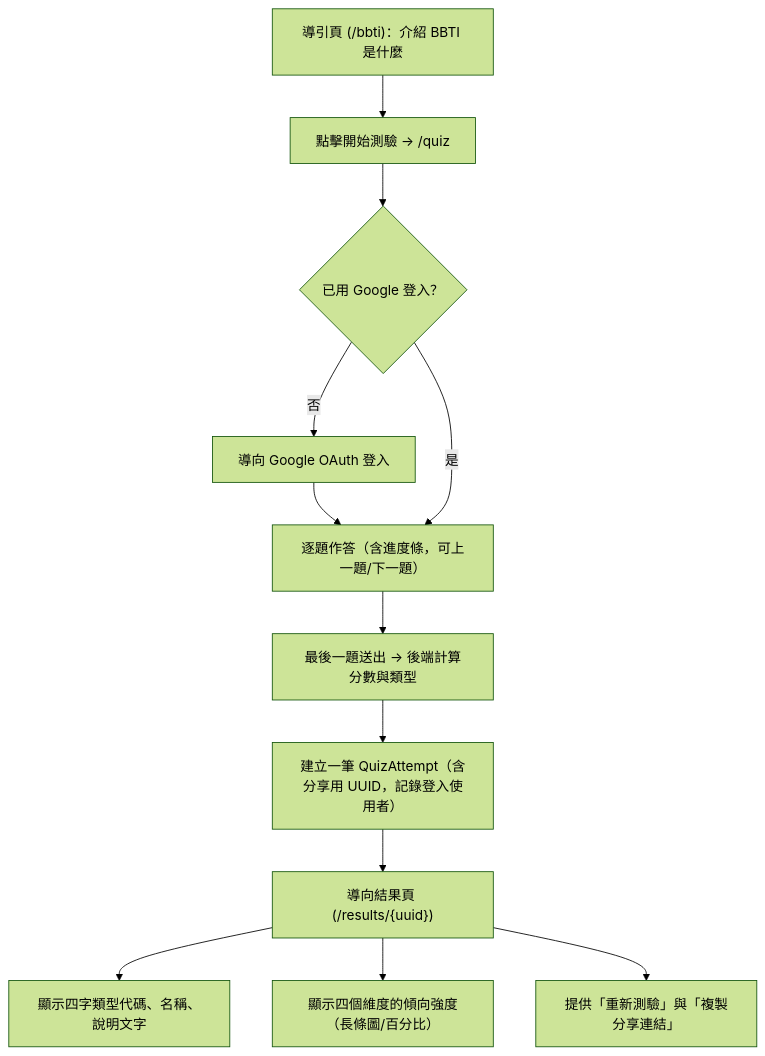
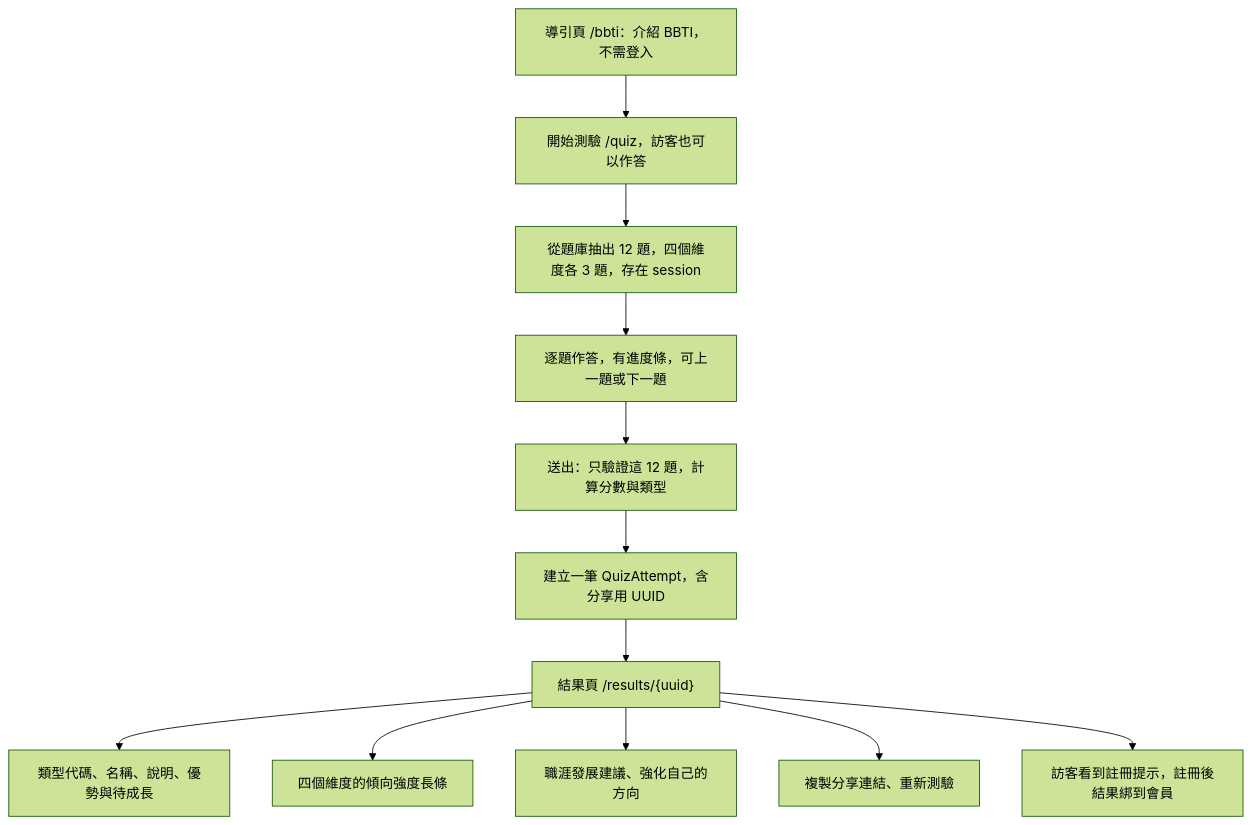
One commit to flamerecca/GatherConf2026 changed the diagram in docs/mbti-quiz-planning.md. Above: the diagram before and after it, drawn with Mermaid (forest theme). The commit also changed other lines of this file and 16 other files, not shown here.

````diff
--- a/docs/mbti-quiz-planning.md
+++ b/docs/mbti-quiz-planning.md
@@ -23,14 +28,14 @@
 ```mermaid
 flowchart TD
-    I["導引頁 (/bbti)：介紹 BBTI 是什麼"] --> Z["點擊開始測驗 → /quiz"]
-    Z --> L{"已用 Google 登入？"}
-    L -- 否 --> O["導向 Google OAuth 登入"]
-    O --> A["逐題作答（含進度條，可上一題/下一題）"]
-    L -- 是 --> A
-    A --> B["最後一題送出 → 後端計算分數與類型"]
-    B --> C["建立一筆 QuizAttempt（含分享用 UUID，記錄登入使用者）"]
-    C --> D["導向結果頁 (/results/{uuid})"]
-    D --> E["顯示四字類型代碼、名稱、說明文字"]
-    D --> F["顯示四個維度的傾向強度（長條圖/百分比）"]
-    D --> G["提供「重新測驗」與「複製分享連結」"]
+    I["導引頁 /bbti：介紹 BBTI，不需登入"] --> Z["開始測驗 /quiz，訪客也可以作答"]
+    Z --> D["從題庫抽出 12 題，四個維度各 3 題，存在 session"]
+    D --> A["逐題作答，有進度條，可上一題或下一題"]
+    A --> B["送出：只驗證這 12 題，計算分數與類型"]
+    B --> C["建立一筆 QuizAttempt，含分享用 UUID"]
+    C --> R["結果頁 /results/{uuid}"]
+    R --> E["類型代碼、名稱、說明、優勢與待成長"]
+    R --> F["四個維度的傾向強度長條"]
+    R --> G["職涯發展建議、強化自己的方向"]
+    R --> H["複製分享連結、重新測驗"]
+    R --> N["訪客看到註冊提示，註冊後結果綁到會員"]
 ```
````
